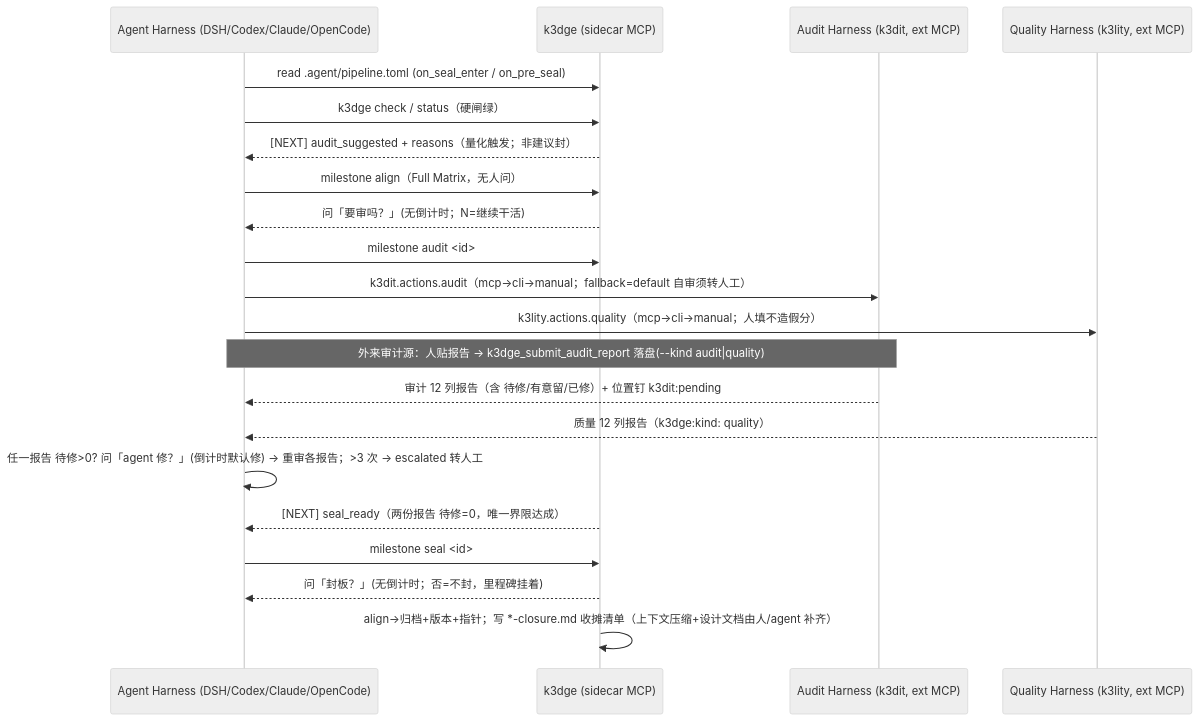
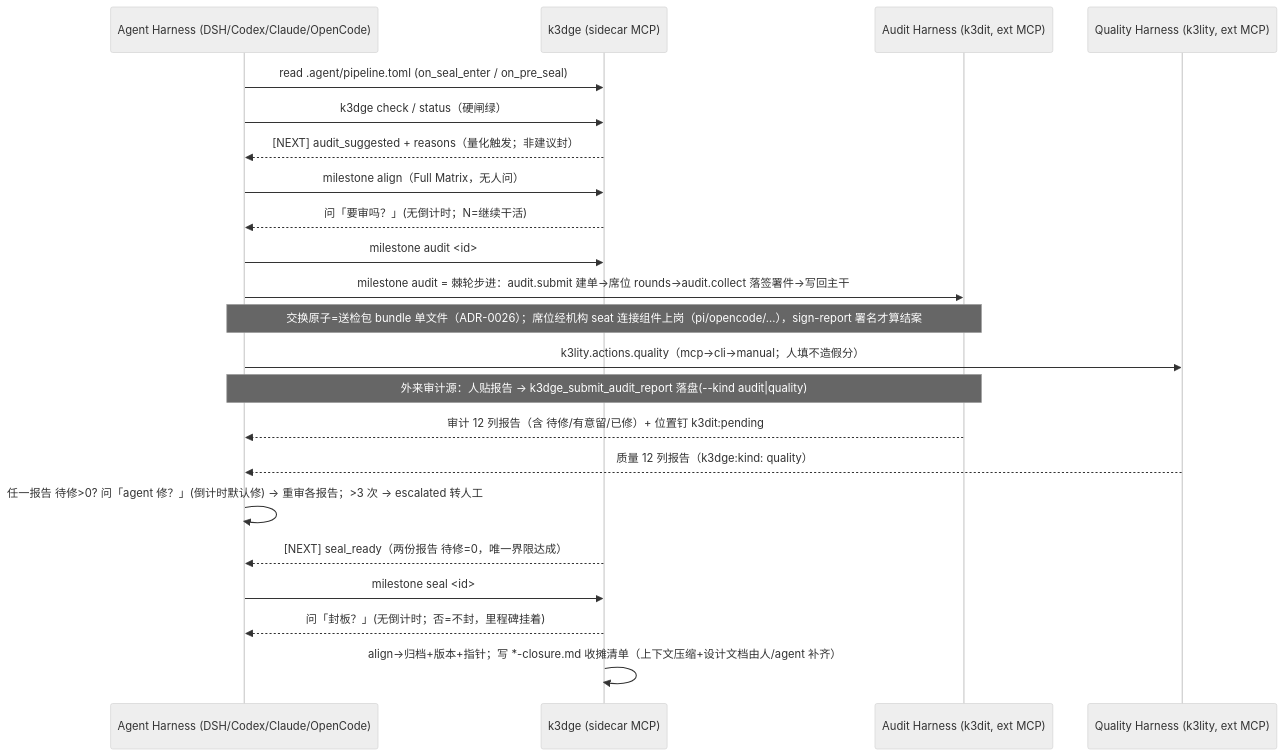
The sixth of 6 diagrams in docs/architecture/overview.md (jamieplus/k3dge), drawn with Mermaid (neutral theme) before and after one commit. The commit also changed other lines of this file and 24 other files, not shown here.

````diff
--- a/docs/architecture/overview.md
+++ b/docs/architecture/overview.md
@@ -114,23 +114,24 @@
 ```mermaid
 sequenceDiagram
     participant Agent as Agent Harness (DSH/Codex/Claude/OpenCode)
     participant K3 as k3dge (sidecar MCP)
     participant Audit as Audit Harness (k3dit, ext MCP)
     participant Quality as Quality Harness (k3lity, ext MCP)
     Agent->>K3: read .agent/pipeline.toml (on_seal_enter / on_pre_seal)
     Agent->>K3: k3dge check / status（硬闸绿）
     K3-->>Agent: [NEXT] audit_suggested + reasons（量化触发；非建议封）
     Agent->>K3: milestone align（Full Matrix，无人问）
     K3-->>Agent: 问「要审吗？」(无倒计时；N=继续干活)
     Agent->>K3: milestone audit <id>
-    Agent->>Audit: k3dit.actions.audit（mcp→cli→manual；fallback=default 自审须转人工）
+    Agent->>Audit: milestone audit = 棘轮步进：audit.submit 建单→席位 rounds→audit.collect 落签署件→写回主干
+    Note over Agent,Audit: 交换原子=送检包 bundle 单文件（ADR-0026）；席位经机构 seat 连接组件上岗（pi/opencode/…），sign-report 署名才算结案
     Agent->>Quality: k3lity.actions.quality（mcp→cli→manual；人填不造假分）
     Note over Agent,Audit: 外来审计源：人贴报告 → k3dge_submit_audit_report 落盘(--kind audit|quality)
     Audit-->>Agent: 审计 12 列报告（含 待修/有意留/已修）+ 位置钉 k3dit:pending
     Quality-->>Agent: 质量 12 列报告（k3dge:kind: quality）
     Agent->>Agent: 任一报告 待修>0? 问「agent 修？」(倒计时默认修) → 重审各报告；>3 次 → escalated 转人工
     K3-->>Agent: [NEXT] seal_ready（两份报告 待修=0，唯一界限达成）
     Agent->>K3: milestone seal <id>
     K3-->>Agent: 问「封板？」(无倒计时；否=不封，里程碑挂着)
     K3->>K3: align→归档+版本+指针；写 *-closure.md 收摊清单（上下文压缩+设计文档由人/agent 补齐）
 ```
````
